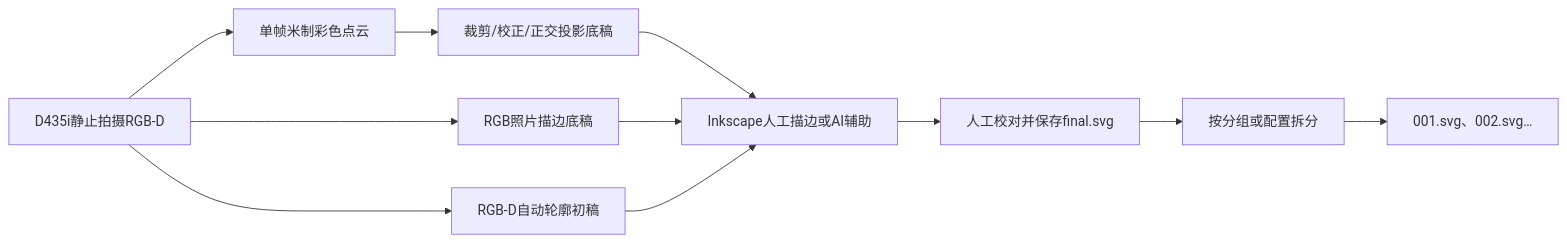
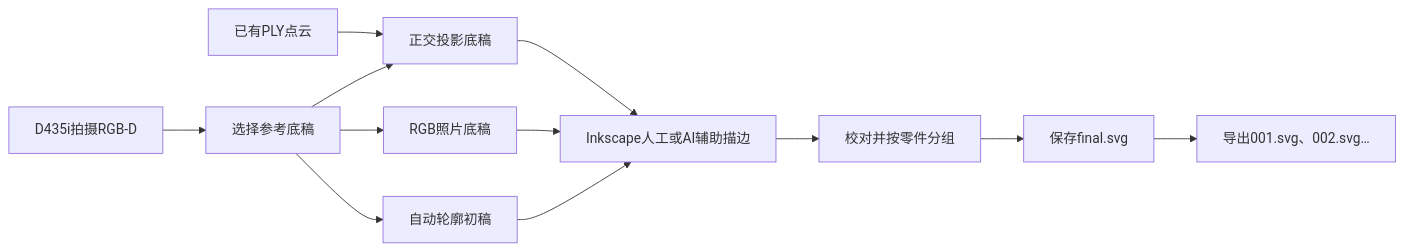
The diagram in README.md (lilili-maker/3dsvg-studio), drawn with Mermaid before and after one commit. The commit also changed other lines of this file and 5 other files, not shown here.

````diff
--- a/README.md
+++ b/README.md
@@ -15,13 +13,14 @@
 ```mermaid
 flowchart LR
-    A[D435i静止拍摄RGB-D] --> B[单帧米制彩色点云]
-    B --> C[裁剪/校正/正交投影底稿]
-    A --> D[RGB照片描边底稿]
-    A --> I[RGB-D自动轮廓初稿]
-    C --> E[Inkscape人工描边或AI辅助]
-    D --> E
-    I --> E
-    E --> F[人工校对并保存final.svg]
-    F --> G[按分组或配置拆分]
-    G --> H[001.svg、002.svg…]
+    A[D435i拍摄RGB-D] --> B[选择参考底稿]
+    P[已有PLY点云] --> C[正交投影底稿]
+    B --> C
+    B --> D[RGB照片底稿]
+    B --> E[自动轮廓初稿]
+    C --> F[Inkscape人工或AI辅助描边]
+    D --> F
+    E --> F
+    F --> G[校对并按零件分组]
+    G --> H[保存final.svg]
+    H --> I[导出001.svg、002.svg…]
 ```
````
